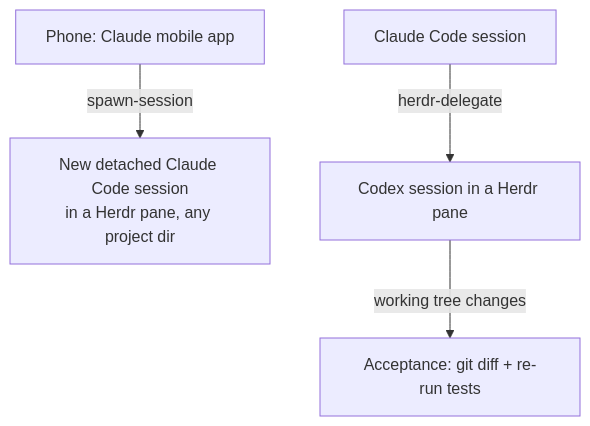
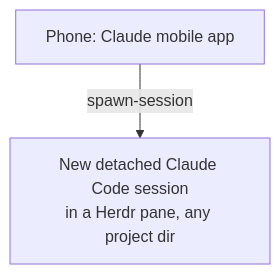
The diagram in README.md (shimo4228/herdr-toolkit), drawn with Mermaid before and after one commit. The commit also changed other lines of this file and 9 other files, not shown here.

First line of the commit message:
release: 2.0.0 — herdr-delegate を外し spawn-session のみに

````diff
--- a/README.md
+++ b/README.md
@@ -20,6 +19,4 @@
 ```mermaid
 flowchart TD
     P[Phone: Claude mobile app] -->|spawn-session| S[New detached Claude Code session<br>in a Herdr pane, any project dir]
-    C[Claude Code session] -->|herdr-delegate| X[Codex session in a Herdr pane]
-    X -->|working tree changes| G[Acceptance: git diff + re-run tests]
 ```
````
